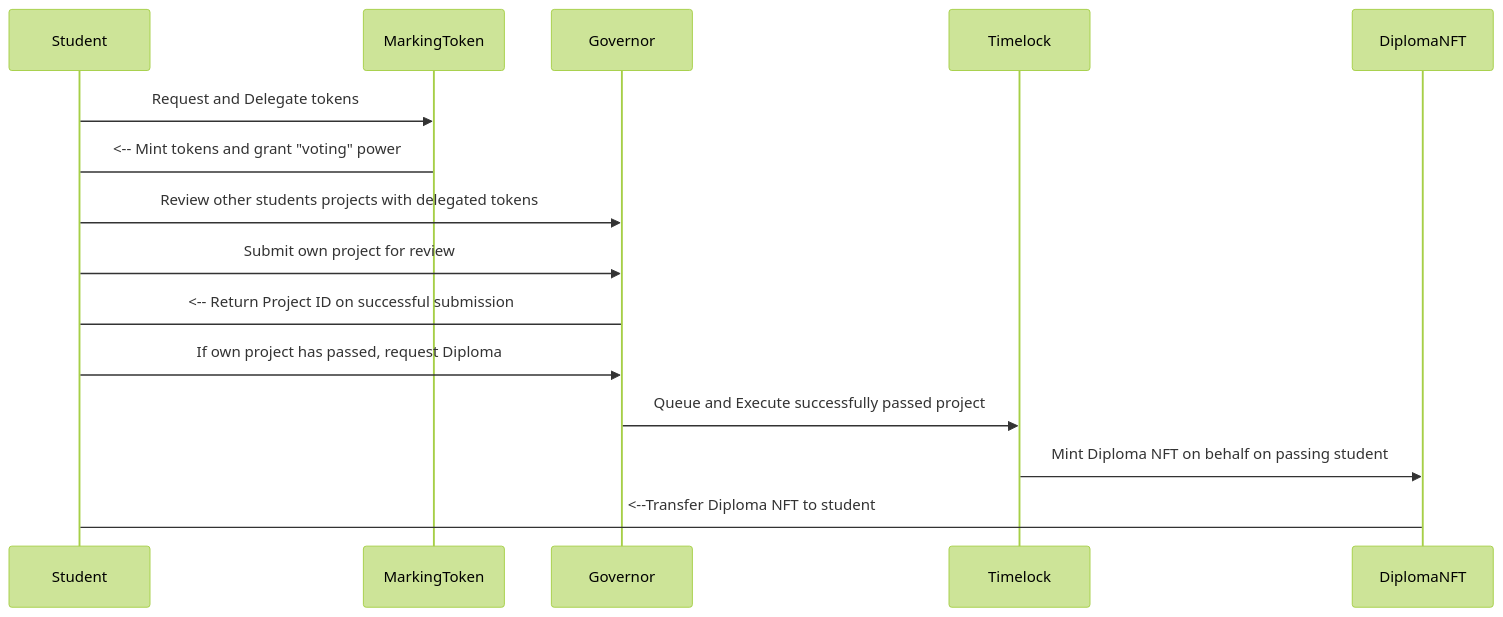
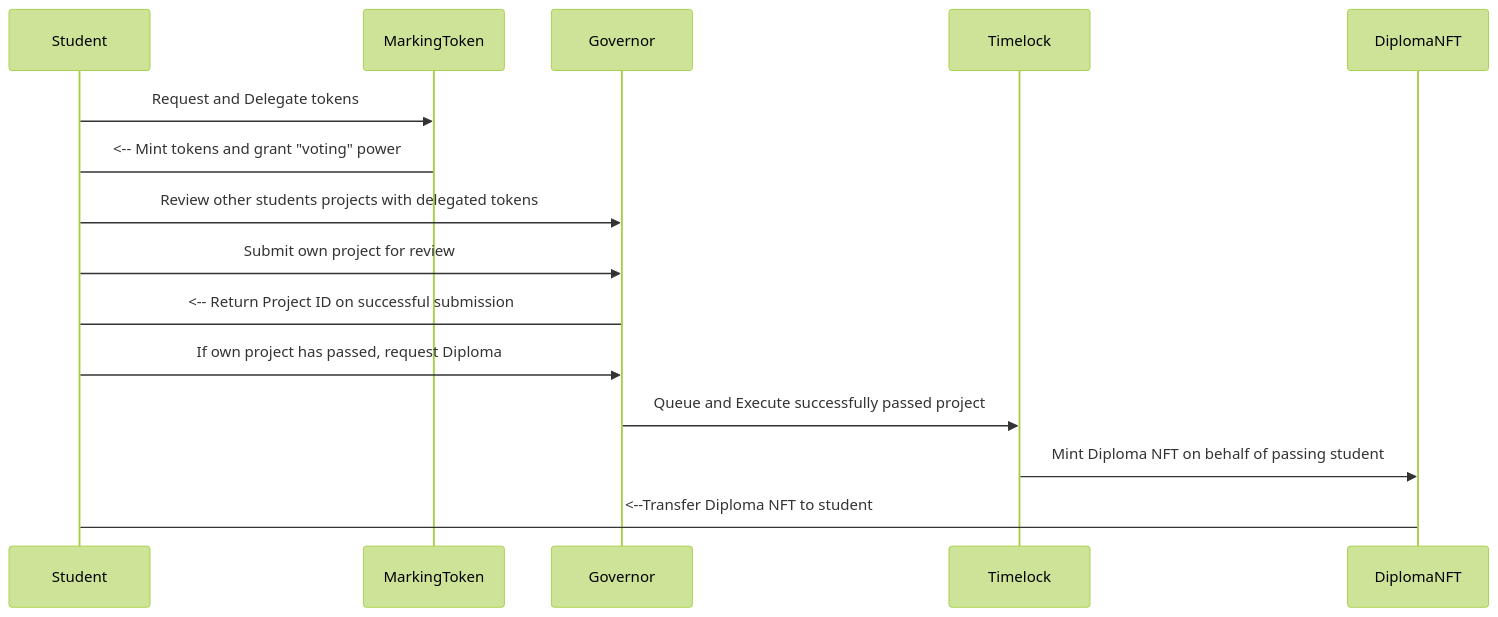
The diagram in README.md (w3ia/Encode-Solidity-Bootcamp---Team-4-Final-Project), drawn with Mermaid (forest theme) before and after one commit.

````diff
--- a/README.md
+++ b/README.md
@@ -40,23 +40,23 @@
 ```mermaid
 
 sequenceDiagram
 
 Student ->> MarkingToken: Request and Delegate tokens
 
 MarkingToken -> Student: <-- Mint tokens and grant "voting" power
 
 Student ->> Governor: Review other students projects with delegated tokens
 
 Student ->> Governor: Submit own project for review
 
 Governor -> Student: <-- Return Project ID on successful submission
 
 Student ->> Governor: If own project has passed, request Diploma
 
 Governor ->> Timelock: Queue and Execute successfully passed project
 
-Timelock ->> DiplomaNFT: Mint Diploma NFT on behalf on passing student
+Timelock ->> DiplomaNFT: Mint Diploma NFT on behalf of passing student
 
 DiplomaNFT -> Student: <--Transfer Diploma NFT to student
 
 ```
````
